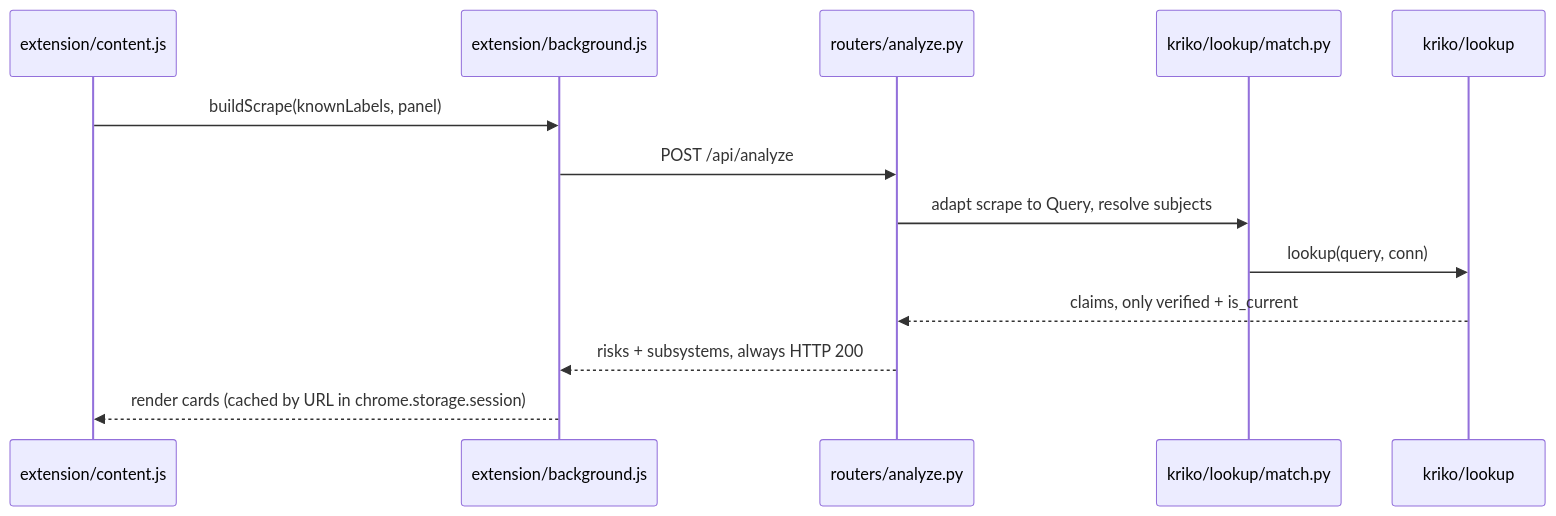
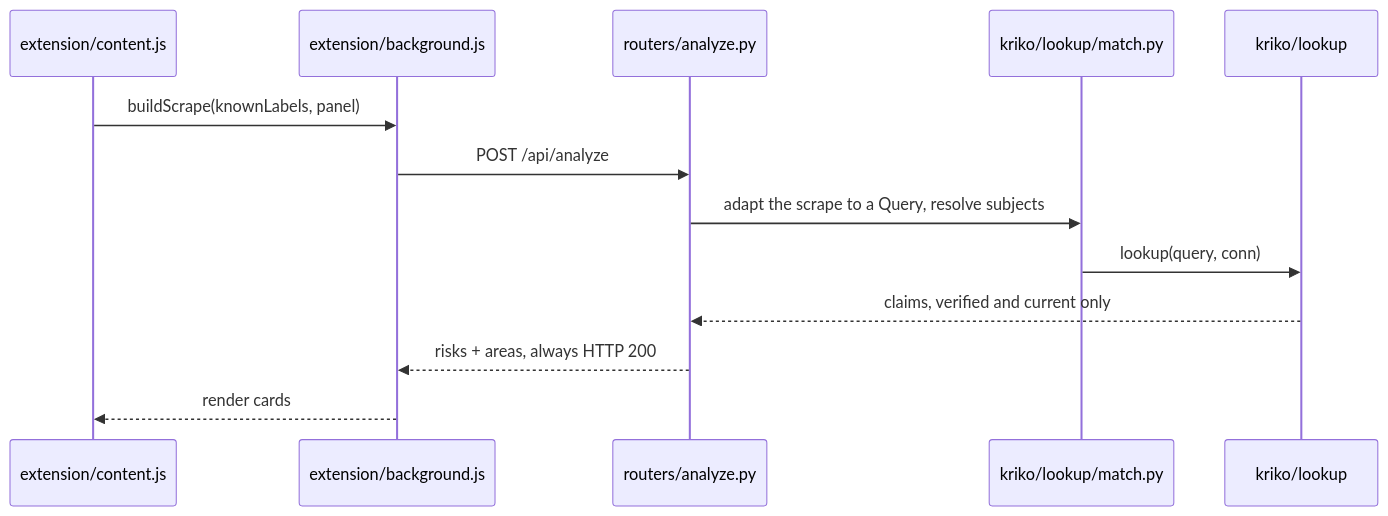
One commit to Berbadov/kriko changed the first of 4 diagrams in docs/INTERNALS.md. Above: the diagram before and after it, drawn with Mermaid. The commit also changed other lines of this file and 15 other files, not shown here.

````diff
--- a/docs/INTERNALS.md
+++ b/docs/INTERNALS.md
@@ -9,15 +9,15 @@
 ```mermaid
 sequenceDiagram
     participant C as extension/content.js
     participant B as extension/background.js
     participant A as routers/analyze.py
     participant M as kriko/lookup/match.py
     participant L as kriko/lookup
     C->>B: buildScrape(knownLabels, panel)
     B->>A: POST /api/analyze
-    A->>M: adapt scrape to Query, resolve subjects
+    A->>M: adapt the scrape to a Query, resolve subjects
     M->>L: lookup(query, conn)
-    L-->>A: claims, only verified + is_current
-    A-->>B: risks + subsystems, always HTTP 200
-    B-->>C: render cards (cached by URL in chrome.storage.session)
+    L-->>A: claims, verified and current only
+    A-->>B: risks + areas, always HTTP 200
+    B-->>C: render cards
 ```
````
